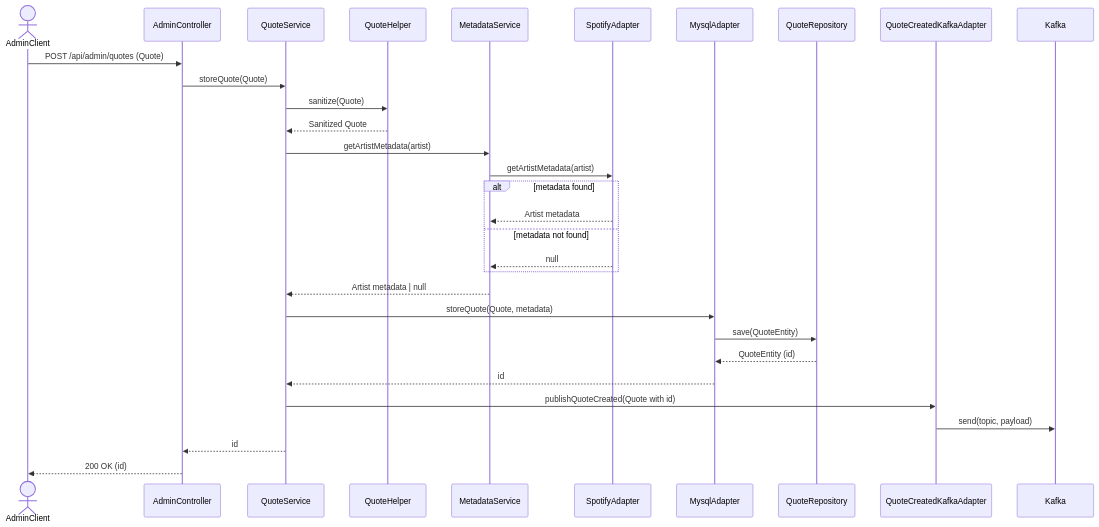
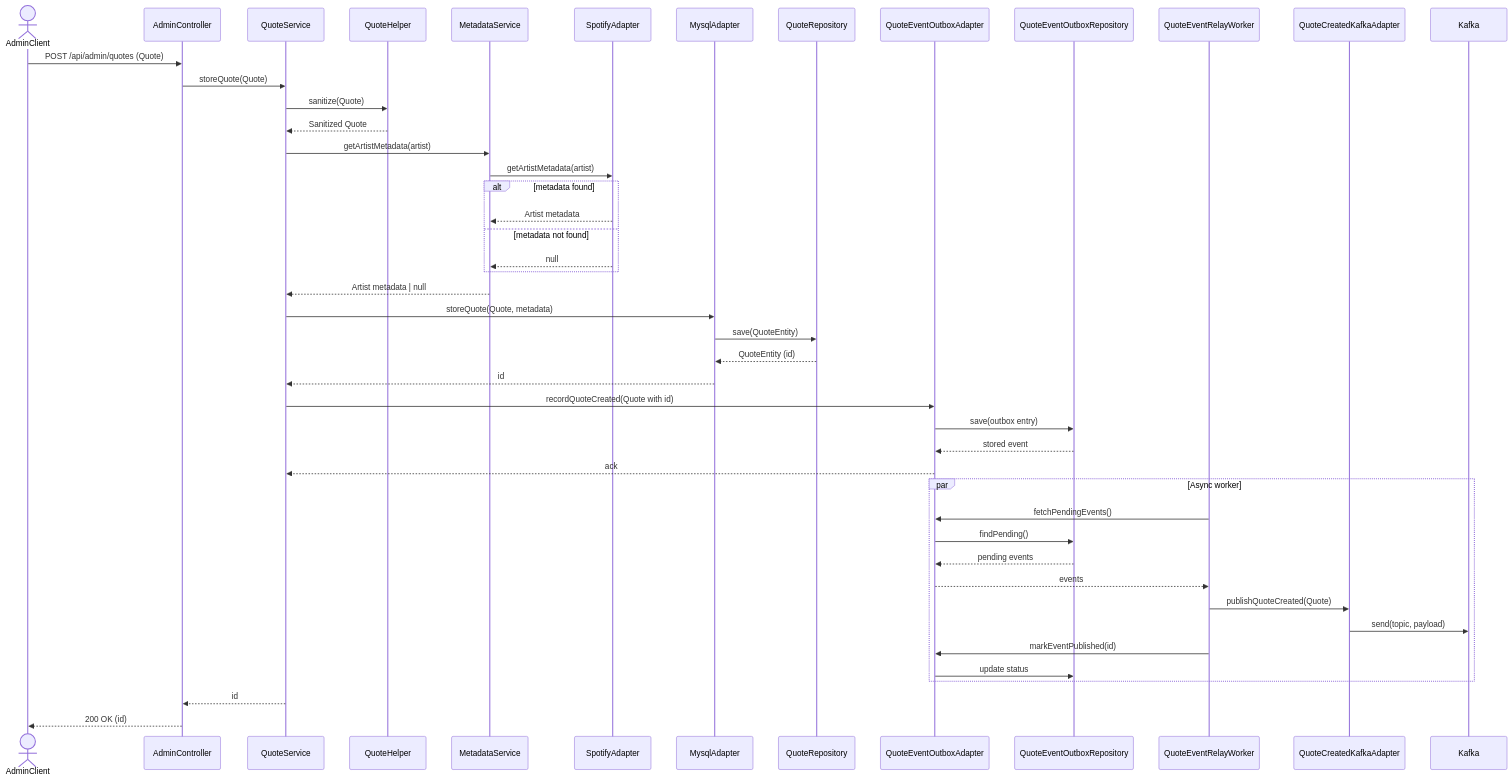
Before and after one commit to xavelo/song-quotes-service: the second of 2 diagrams in doc/store-quote-use-case.md, drawn with Mermaid. The commit also changed other lines of this file and 13 other files, not shown here.

Commit message:
Add quote event outbox and relay worker

````diff
--- a/doc/store-quote-use-case.md
+++ b/doc/store-quote-use-case.md
@@ -83,34 +90,49 @@
 ```mermaid
 sequenceDiagram
     actor AdminClient
     participant AdminController
     participant QuoteService
     participant QuoteHelper
     participant MetadataService
     participant SpotifyAdapter
     participant MysqlAdapter
     participant QuoteRepository
+    participant QuoteEventOutboxAdapter
+    participant QuoteEventOutboxRepository
+    participant QuoteEventRelayWorker
     participant QuoteCreatedKafkaAdapter
     participant Kafka
 
     AdminClient->>AdminController: POST /api/admin/quotes (Quote)
     AdminController->>QuoteService: storeQuote(Quote)
     QuoteService->>QuoteHelper: sanitize(Quote)
     QuoteHelper-->>QuoteService: Sanitized Quote
     QuoteService->>MetadataService: getArtistMetadata(artist)
     MetadataService->>SpotifyAdapter: getArtistMetadata(artist)
     alt metadata found
         SpotifyAdapter-->>MetadataService: Artist metadata
     else metadata not found
         SpotifyAdapter-->>MetadataService: null
     end
     MetadataService-->>QuoteService: Artist metadata | null
     QuoteService->>MysqlAdapter: storeQuote(Quote, metadata)
     MysqlAdapter->>QuoteRepository: save(QuoteEntity)
     QuoteRepository-->>MysqlAdapter: QuoteEntity (id)
     MysqlAdapter-->>QuoteService: id
-    QuoteService->>QuoteCreatedKafkaAdapter: publishQuoteCreated(Quote with id)
-    QuoteCreatedKafkaAdapter->>Kafka: send(topic, payload)
+    QuoteService->>QuoteEventOutboxAdapter: recordQuoteCreated(Quote with id)
+    QuoteEventOutboxAdapter->>QuoteEventOutboxRepository: save(outbox entry)
+    QuoteEventOutboxRepository-->>QuoteEventOutboxAdapter: stored event
+    QuoteEventOutboxAdapter-->>QuoteService: ack
+    par Async worker
+        QuoteEventRelayWorker->>QuoteEventOutboxAdapter: fetchPendingEvents()
+        QuoteEventOutboxAdapter->>QuoteEventOutboxRepository: findPending()
+        QuoteEventOutboxRepository-->>QuoteEventOutboxAdapter: pending events
+        QuoteEventOutboxAdapter-->>QuoteEventRelayWorker: events
+        QuoteEventRelayWorker->>QuoteCreatedKafkaAdapter: publishQuoteCreated(Quote)
+        QuoteCreatedKafkaAdapter->>Kafka: send(topic, payload)
+        QuoteEventRelayWorker->>QuoteEventOutboxAdapter: markEventPublished(id)
+        QuoteEventOutboxAdapter->>QuoteEventOutboxRepository: update status
+    end
     QuoteService-->>AdminController: id
     AdminController-->>AdminClient: 200 OK (id)
 ```
````
